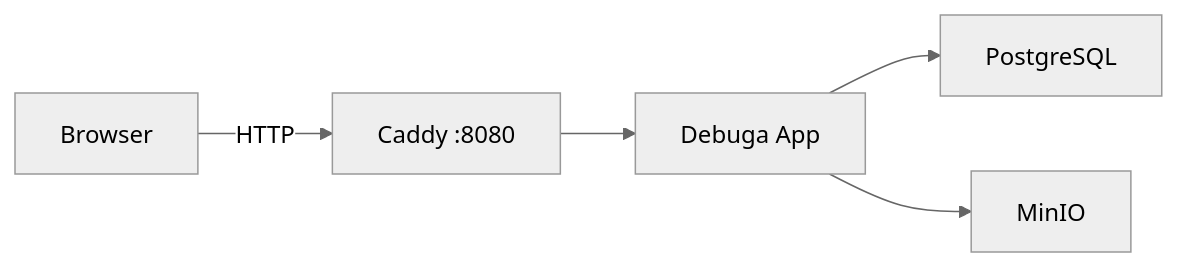
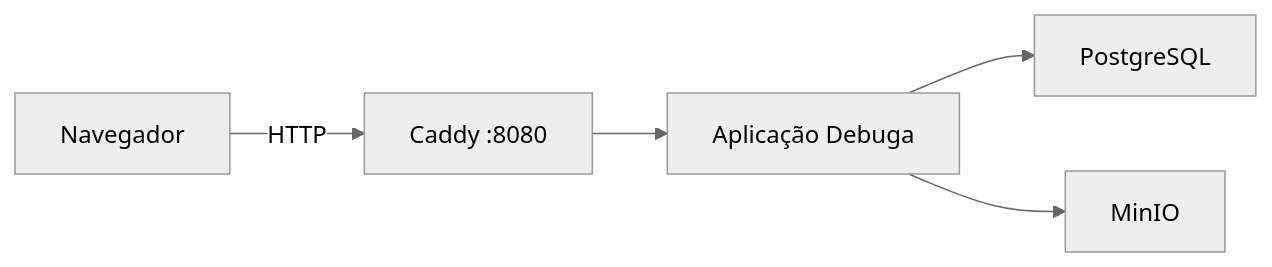
The third of 6 diagrams in README.md (SperryTecnologia/debuga-community), drawn with Mermaid (neutral theme) before and after one commit. The commit also changed other lines of this file and 4 other files, not shown here.

````diff
--- a/README.md
+++ b/README.md
@@ -156,13 +166,13 @@
 ```mermaid
 flowchart LR
-    BROWSER["Browser"]
+    BROWSER["Navegador"]
     CADDY["Caddy :8080"]
-    APP["Debuga App"]
+    APP["Aplicação Debuga"]
     DB["PostgreSQL"]
     MINIO["MinIO"]
 
     BROWSER -->|HTTP| CADDY
     CADDY --> APP
     APP --> DB
     APP --> MINIO
 ```
````
